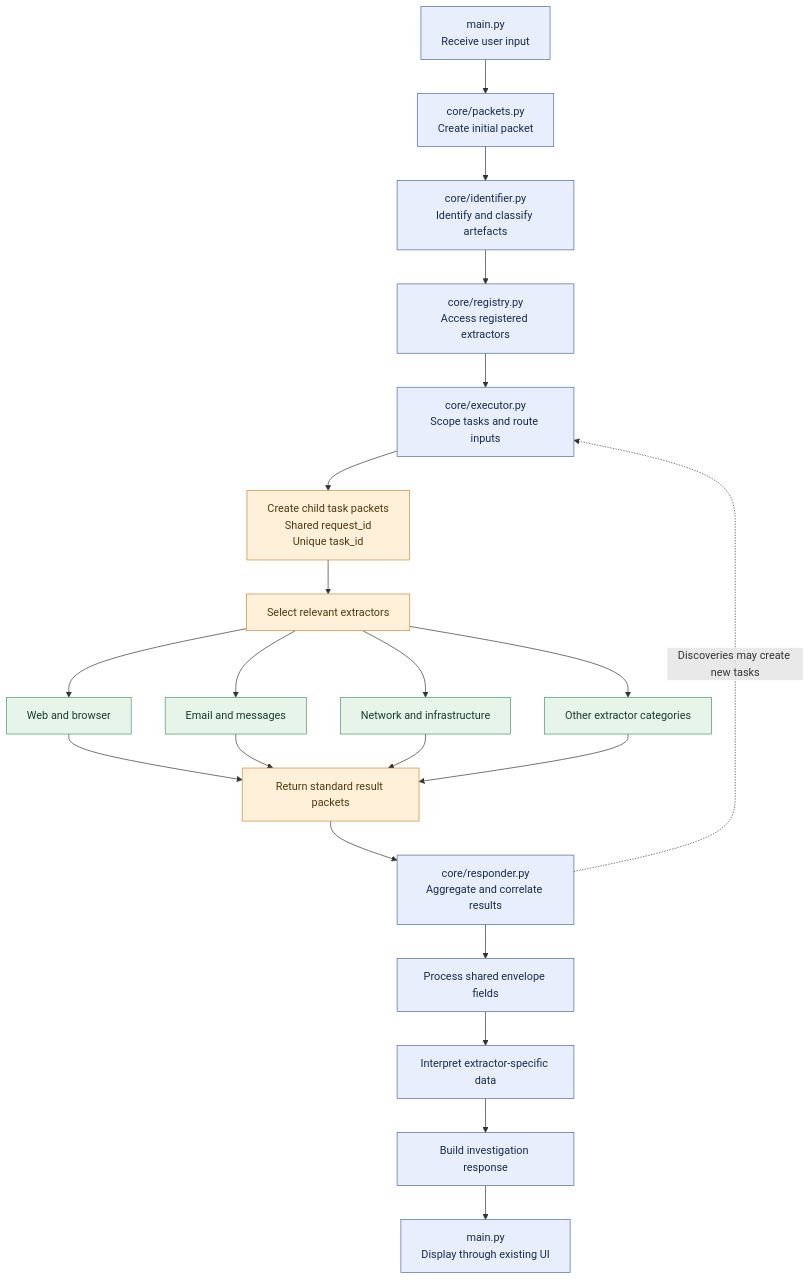
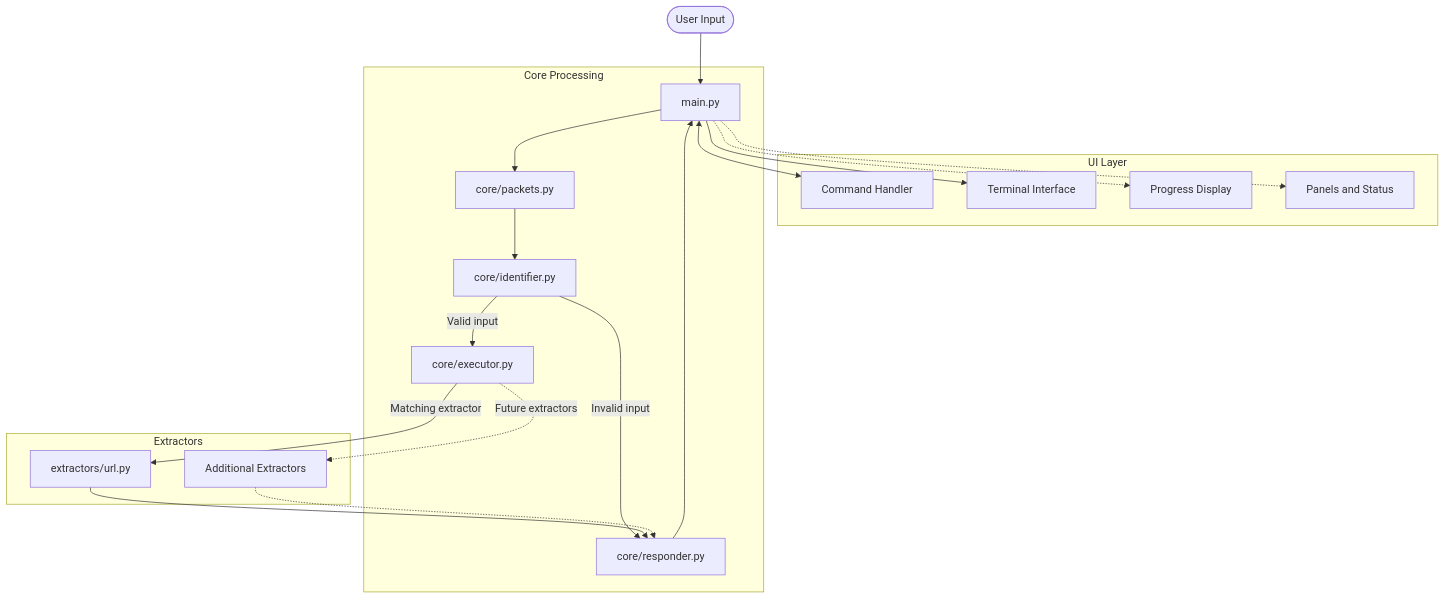
The diagram in README.md (Proxy-Phaethon/theseus), drawn with Mermaid before and after one commit. The commit also changed other lines of this file, not shown here.

````diff
--- a/README.md
+++ b/README.md
@@ -76,39 +57,43 @@
 ```mermaid
 flowchart TD
-    A["main.py<br/>Receive user input"]
-    B["core/packets.py<br/>Create initial packet"]
-    C["core/identifier.py<br/>Identify and classify artefacts"]
-    D["core/registry.py<br/>Access registered extractors"]
-    E["core/executor.py<br/>Scope tasks and route inputs"]
+    USER([User Input])
 
-    A --> B --> C --> D --> E
+    subgraph UI["UI Layer"]
+        COMMANDS["Command Handler"]
+        TERMINAL["Terminal Interface"]
+        PROGRESS["Progress Display"]
+        PRESENTATION["Panels and Status"]
+    end
 
-    E --> F["Create child task packets<br/>Shared request_id<br/>Unique task_id"]
-    F --> G["Select relevant extractors"]
+    subgraph CORE["Core Processing"]
+        MAIN["main.py"]
+        PACKETS["core/packets.py"]
+        IDENTIFIER["core/identifier.py"]
+        EXECUTOR["core/executor.py"]
+        RESPONDER["core/responder.py"]
+    end
 
-    G --> H1["Web and browser"]
-    G --> H2["Email and messages"]
-    G --> H3["Network and infrastructure"]
-    G --> H4["Other extractor categories"]
+    subgraph EXTRACTORS["Extractors"]
+        URL["extractors/url.py"]
+        FUTURE["Additional Extractors"]
+    end
 
-    H1 --> I["Return standard result packets"]
-    H2 --> I
-    H3 --> I
-    H4 --> I
+    USER --> MAIN
+    MAIN <--> COMMANDS
+    MAIN --> PACKETS
+    PACKETS --> IDENTIFIER
 
-    I --> J["core/responder.py<br/>Aggregate and correlate results"]
-    J --> K["Process shared envelope fields"]
-    K --> L["Interpret extractor-specific data"]
-    L --> M["Build investigation response"]
-    M --> N["main.py<br/>Display through existing UI"]
+    IDENTIFIER -->|Valid input| EXECUTOR
+    IDENTIFIER -->|Invalid input| RESPONDER
 
-    J -.->|"Discoveries may create new tasks"| E
+    EXECUTOR -->|Matching extractor| URL
+    EXECUTOR -.->|Future extractors| FUTURE
 
-    classDef core fill:#e8eefc,stroke:#4968a8,color:#172b4d
-    classDef extract fill:#e6f4ea,stroke:#4c956c,color:#193d28
-    classDef task fill:#fff0d9,stroke:#c58b35,color:#51380e
+    URL --> RESPONDER
+    FUTURE -.-> RESPONDER
 
-    class A,B,C,D,E,J,K,L,M,N core
-    class H1,H2,H3,H4 extract
-    class F,G,I task
+    RESPONDER --> MAIN
+    MAIN --> TERMINAL
+    MAIN -.-> PROGRESS
+    MAIN -.-> PRESENTATION
 ```
````
